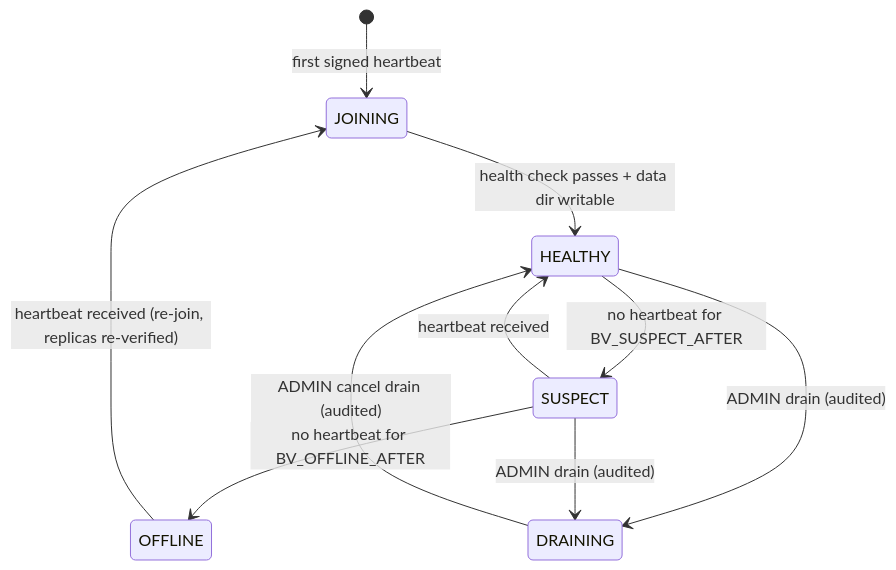
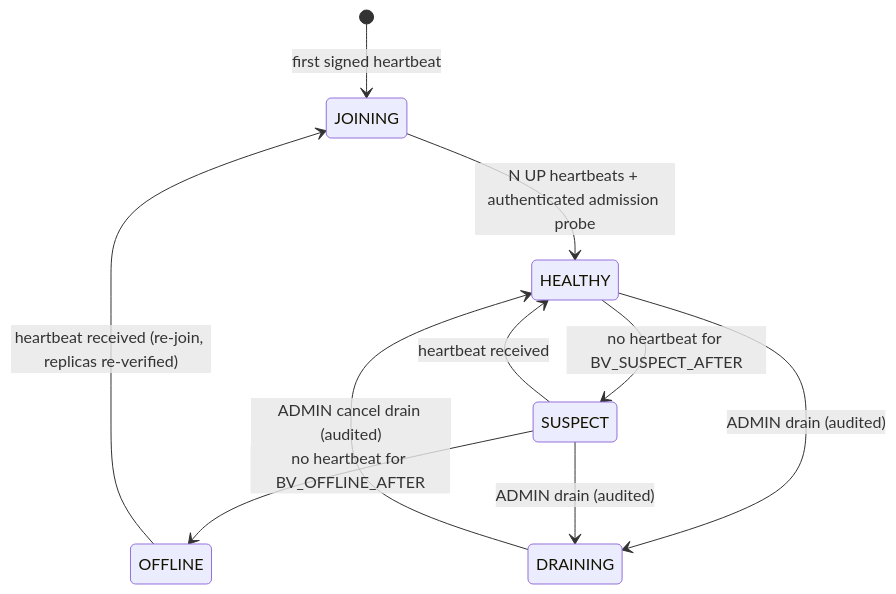
Before and after one commit to safalyareddy/ByteVault-: the third of 4 diagrams in docs/state-machines.md, drawn with Mermaid. The commit also changed other lines of this file and 27 other files, not shown here.

First line of the commit message:
Phase 3: signed heartbeats, admission and failure detection

````diff
--- a/docs/state-machines.md
+++ b/docs/state-machines.md
@@ -83,12 +83,12 @@
 ```mermaid
 stateDiagram-v2
     [*] --> JOINING: first signed heartbeat
-    JOINING --> HEALTHY: health check passes + data dir writable
+    JOINING --> HEALTHY: N UP heartbeats + authenticated admission probe
     HEALTHY --> SUSPECT: no heartbeat for BV_SUSPECT_AFTER
     SUSPECT --> HEALTHY: heartbeat received
     SUSPECT --> OFFLINE: no heartbeat for BV_OFFLINE_AFTER
     OFFLINE --> JOINING: heartbeat received (re-join, replicas re-verified)
     HEALTHY --> DRAINING: ADMIN drain (audited)
     SUSPECT --> DRAINING: ADMIN drain (audited)
     DRAINING --> HEALTHY: ADMIN cancel drain (audited)
 ```
````
